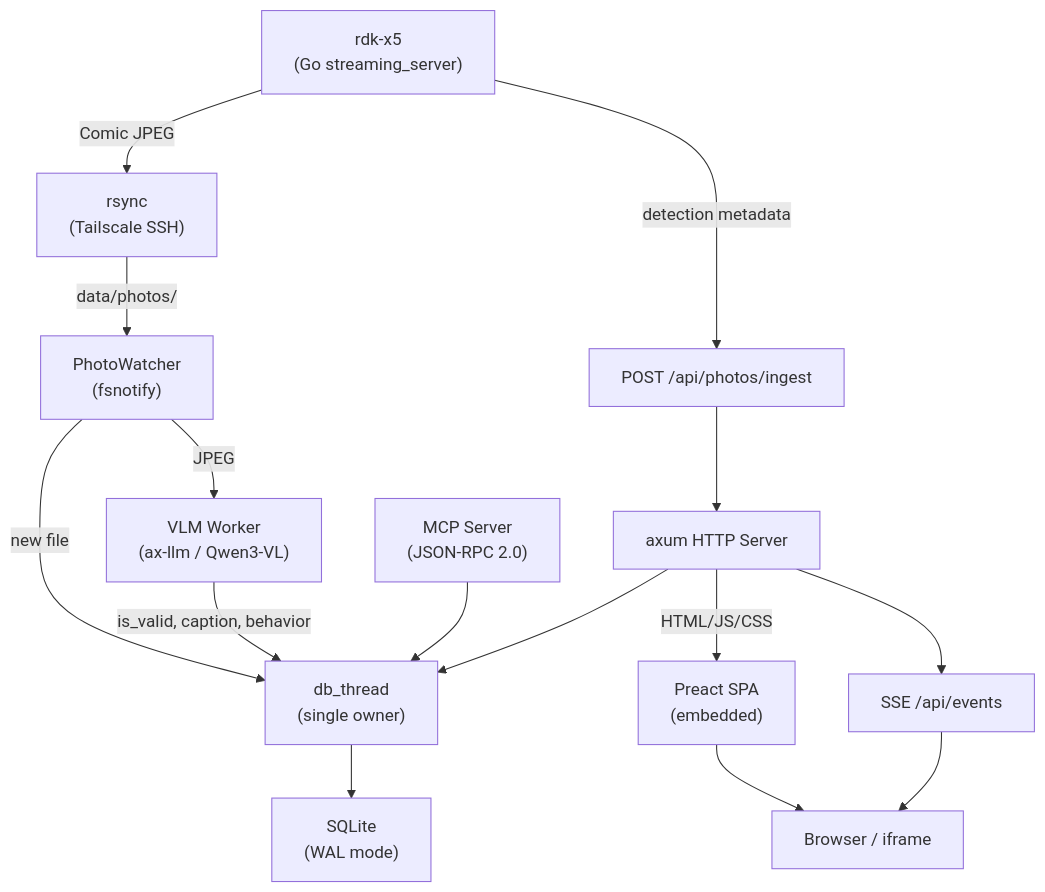
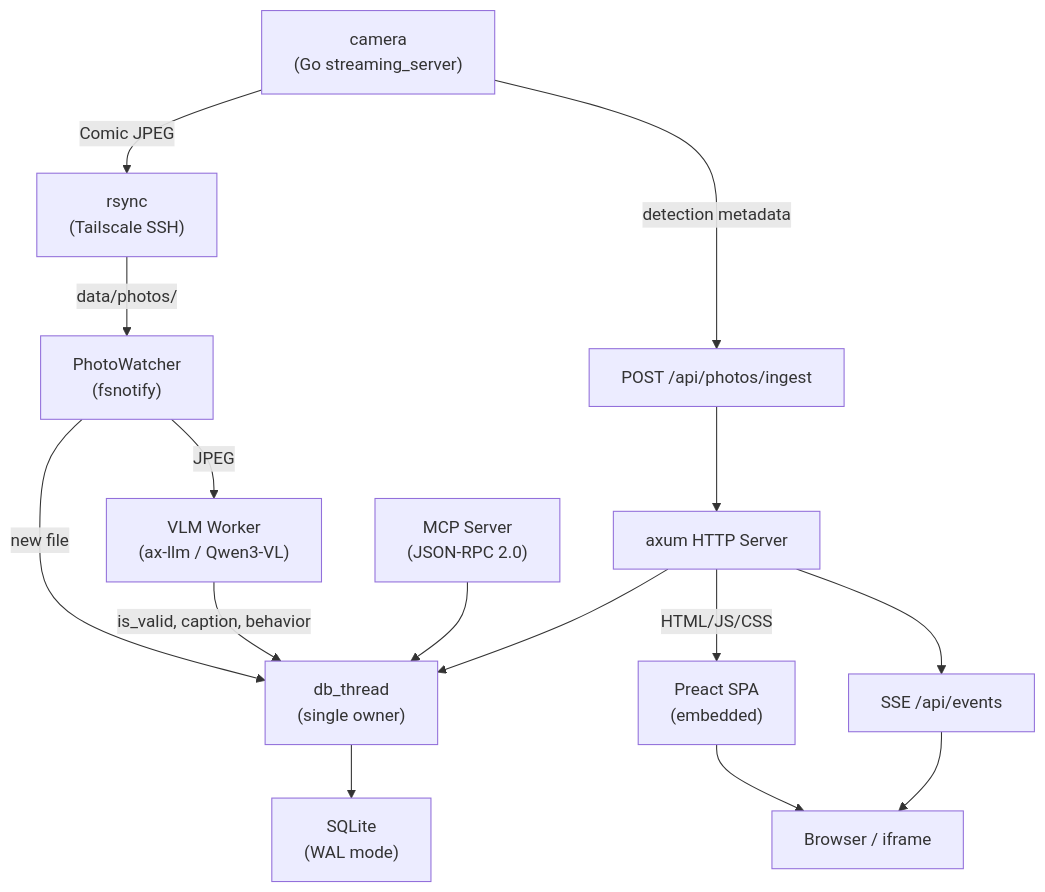
One commit to dj-oyu/rdk-x5_smart-pet-camera changed the first of 2 diagrams in src/ai-pyramid/docs/architecture.md. Above: the diagram before and after it, drawn with Mermaid. The commit also changed 11 other files, not shown here.

````diff
--- a/src/ai-pyramid/docs/architecture.md
+++ b/src/ai-pyramid/docs/architecture.md
@@ -5,30 +5,30 @@
 ```mermaid
 graph TD
-    RDK["rdk-x5<br/>(Go streaming_server)"]
+    RDK["camera<br/>(Go streaming_server)"]
     RSYNC["rsync<br/>(Tailscale SSH)"]
     INGEST_API["POST /api/photos/ingest"]
     WATCHER["PhotoWatcher<br/>(fsnotify)"]
     VLM["VLM Worker<br/>(ax-llm / Qwen3-VL)"]
     DB_THREAD["db_thread<br/>(single owner)"]
     SQLITE["SQLite<br/>(WAL mode)"]
     SERVER["axum HTTP Server"]
     MCP["MCP Server<br/>(JSON-RPC 2.0)"]
     UI["Preact SPA<br/>(embedded)"]
     SSE["SSE /api/events"]
     BROWSER["Browser / iframe"]
 
     RDK -->|Comic JPEG| RSYNC
     RSYNC -->|data/photos/| WATCHER
     RDK -->|detection metadata| INGEST_API
     INGEST_API --> SERVER
     WATCHER -->|new file| DB_THREAD
     WATCHER -->|JPEG| VLM
     VLM -->|is_valid, caption, behavior| DB_THREAD
     DB_THREAD --> SQLITE
     SERVER --> DB_THREAD
     MCP --> DB_THREAD
     SERVER -->|HTML/JS/CSS| UI
     SERVER --> SSE
     UI --> BROWSER
     SSE --> BROWSER
 ```
````
